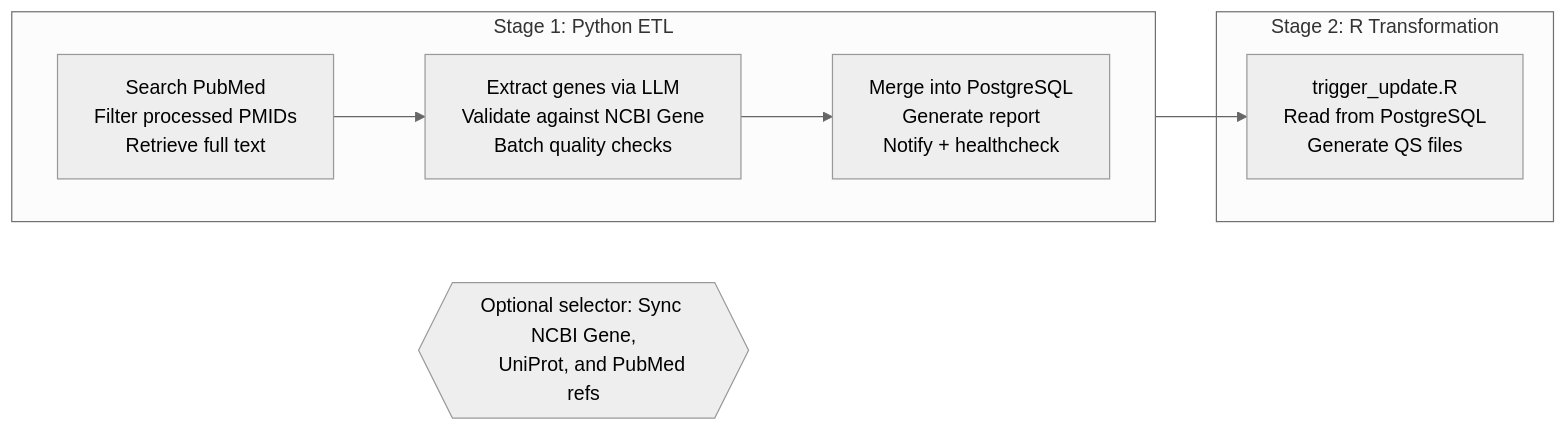
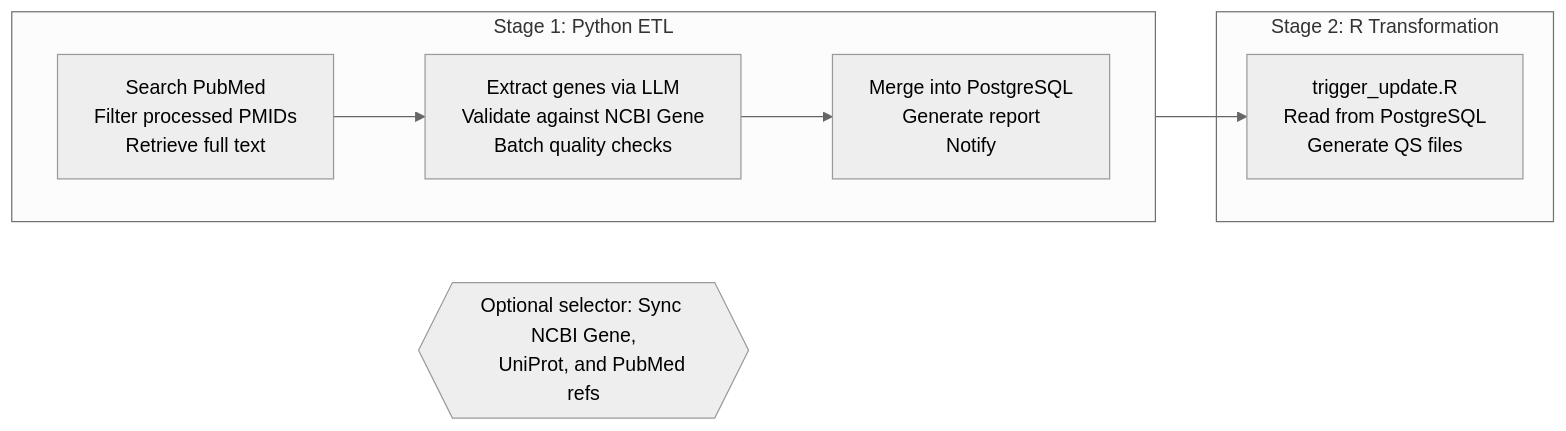
Before and after one commit to mathieubpoiriericm/icm-dashboard: the diagram in README.md, drawn with Mermaid (neutral theme). The commit also changed other lines of this file and 10 other files, not shown here.

````diff
--- a/README.md
+++ b/README.md
@@ -877,24 +874,24 @@
 ```mermaid
 flowchart LR
     subgraph stage1["Stage 1: Python ETL"]
         direction LR
         A["Search PubMed
         Filter processed PMIDs
         Retrieve full text"] --> B["Extract genes via LLM
         Validate against NCBI Gene
         Batch quality checks"] --> C["Merge into PostgreSQL
         Generate report
-        Notify + healthcheck"]
+        Notify"]
     end
 
     subgraph stage2["Stage 2: R Transformation"]
         D["trigger_update.R
         Read from PostgreSQL
         Generate QS files"]
     end
 
     C --> D
 
     E{{"Optional selector: Sync NCBI Gene,
     UniProt, and PubMed refs"}}
 ```
````
